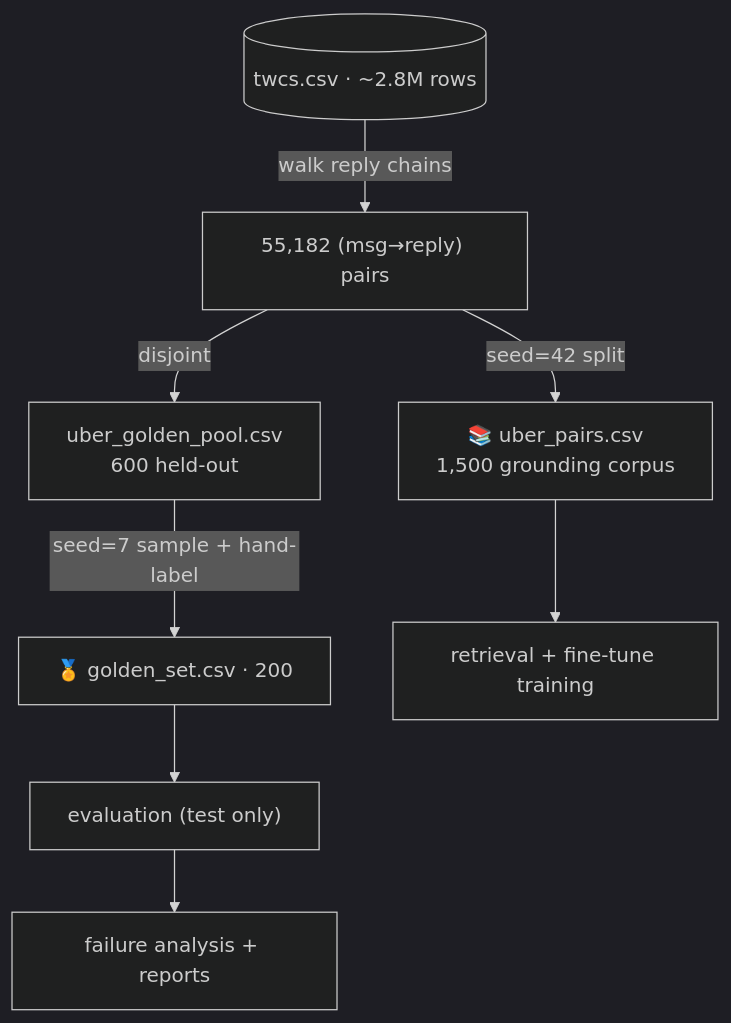
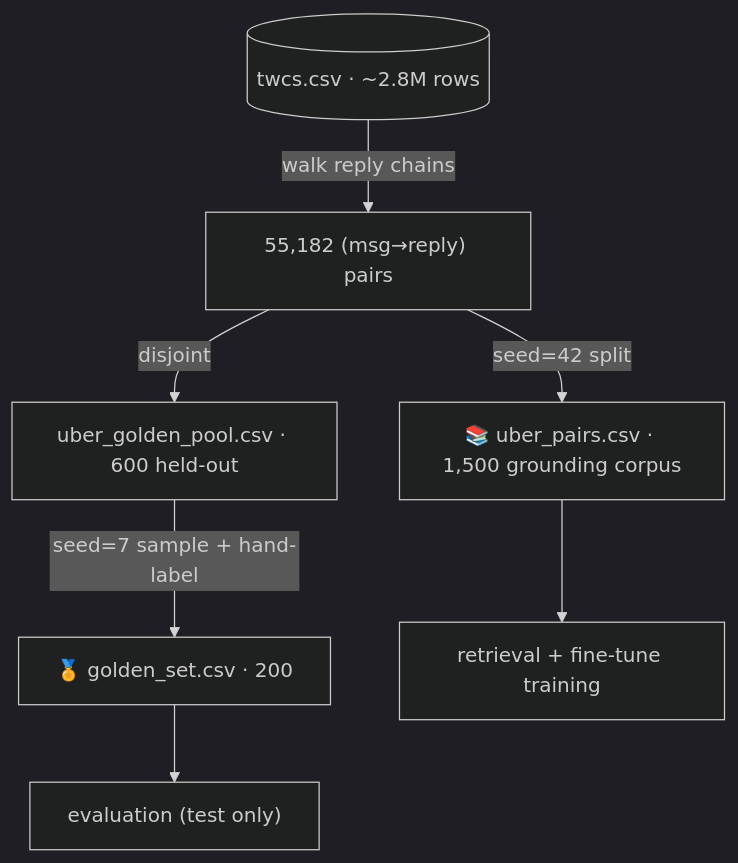
One commit to sreyadattagupta/hiver-SDE-intern-Assignment changed the third of 3 diagrams in README.md. Above: the diagram before and after it, drawn with Mermaid (dark theme). The commit also changed other lines of this file and 35 other files, not shown here.

````diff
--- a/README.md
+++ b/README.md
@@ -207,10 +206,9 @@
 ```mermaid
 flowchart TD
     RAW[("twcs.csv · ~2.8M rows")] -->|walk reply chains| PAIRS["55,182 (msg→reply) pairs"]
-    PAIRS -->|seed=42 split| G["📚 uber_pairs.csv<br/>1,500 grounding corpus"]
-    PAIRS -->|disjoint| POOL["uber_golden_pool.csv<br/>600 held-out"]
+    PAIRS -->|seed=42 split| G["📚 uber_pairs.csv · 1,500 grounding corpus"]
+    PAIRS -->|disjoint| POOL["uber_golden_pool.csv · 600 held-out"]
     POOL -->|seed=7 sample + hand-label| GOLD["🏅 golden_set.csv · 200"]
     G --> RETR["retrieval + fine-tune training"]
     GOLD --> EV["evaluation (test only)"]
-    EV --> FA["failure analysis + reports"]
 ```
````
